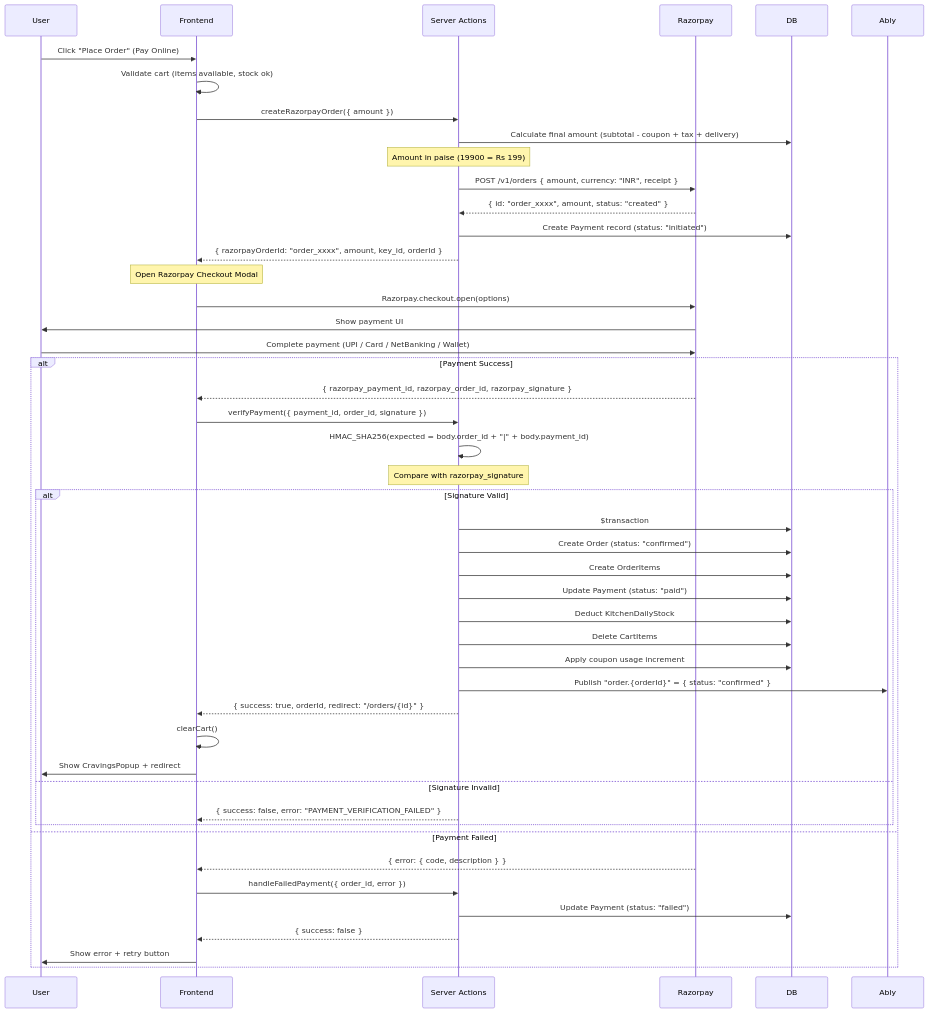
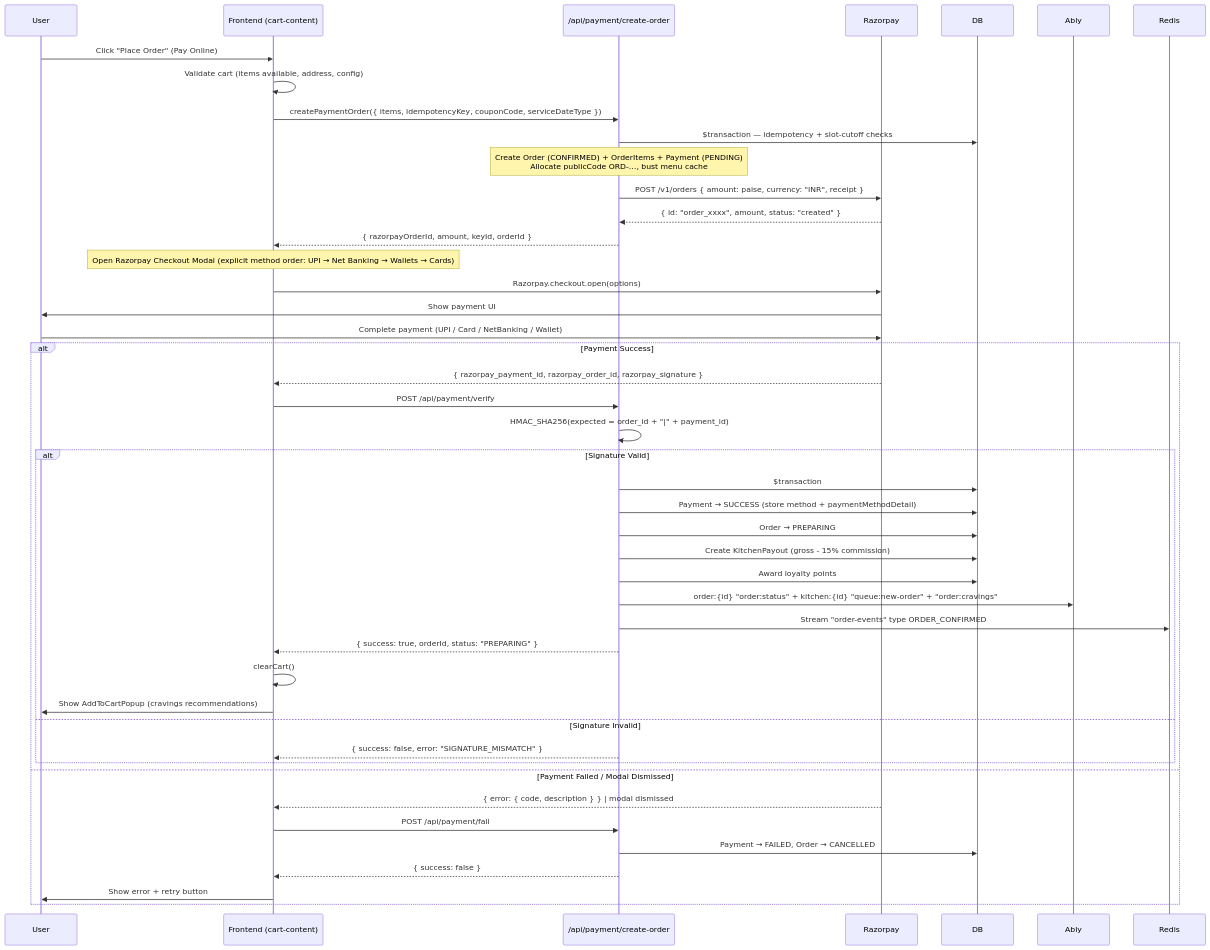
One commit to dharshan47/rrckitchen changed the second of 6 diagrams in docs/08-payment-system.md. Above: the diagram before and after it, drawn with Mermaid. The commit also changed other lines of this file and 462 other files, not shown here.

Commit message:
feat: implement core platform features including admin dashboards, catalog management, loyalty systems, and delivery partner workflows with comprehensive test coverage and documentation.

````diff
--- a/docs/08-payment-system.md
+++ b/docs/08-payment-system.md
@@ -68,59 +67,56 @@
 ```mermaid
 sequenceDiagram
     participant User
-    participant FE as Frontend
-    participant Action as Server Actions
+    participant FE as Frontend (cart-content)
+    participant API as /api/payment/create-order
     participant Razorpay
     participant DB
     participant Ably
 
     User->>FE: Click "Place Order" (Pay Online)
 
-    FE->>FE: Validate cart (items available, stock ok)
-    FE->>Action: createRazorpayOrder({ amount })
-    Action->>DB: Calculate final amount (subtotal - coupon + tax + delivery)
-    Note over Action: Amount in paise (19900 = Rs 199)
-    Action->>Razorpay: POST /v1/orders { amount, currency: "INR", receipt }
-    Razorpay-->>Action: { id: "order_xxxx", amount, status: "created" }
-    Action->>DB: Create Payment record (status: "initiated")
-    Action-->>FE: { razorpayOrderId: "order_xxxx", amount, key_id, orderId }
+    FE->>FE: Validate cart (items available, address, config)
+    FE->>API: createPaymentOrder({ items, idempotencyKey, couponCode, serviceDateType })
+    API->>DB: $transaction — idempotency + slot-cutoff checks
+    Note over API: Create Order (CONFIRMED) + OrderItems + Payment (PENDING)<br/>Allocate publicCode ORD-…, bust menu cache
+    API->>Razorpay: POST /v1/orders { amount: paise, currency: "INR", receipt }
+    Razorpay-->>API: { id: "order_xxxx", amount, status: "created" }
+    API-->>FE: { razorpayOrderId, amount, keyId, orderId }
 
-    Note over FE: Open Razorpay Checkout Modal
+    Note over FE: Open Razorpay Checkout Modal (explicit method order: UPI → Net Banking → Wallets → Cards)
     FE->>Razorpay: Razorpay.checkout.open(options)
     Razorpay->>User: Show payment UI
 
     User->>Razorpay: Complete payment (UPI / Card / NetBanking / Wallet)
 
     alt Payment Success
         Razorpay-->>FE: { razorpay_payment_id, razorpay_order_id, razorpay_signature }
-        FE->>Action: verifyPayment({ payment_id, order_id, signature })
+        FE->>API: POST /api/payment/verify
 
-        Action->>Action: HMAC_SHA256(expected = body.order_id + "|" + body.payment_id)
-        Note over Action: Compare with razorpay_signature
+        API->>API: HMAC_SHA256(expected = order_id + "|" + payment_id)
 
         alt Signature Valid
-            Action->>DB: $transaction
-            Action->>DB: Create Order (status: "confirmed")
-            Action->>DB: Create OrderItems
-            Action->>DB: Update Payment (status: "paid")
-            Action->>DB: Deduct KitchenDailyStock
-            Action->>DB: Delete CartItems
-            Action->>DB: Apply coupon usage increment
+            API->>DB: $transaction
+            API->>DB: Payment → SUCCESS (store method + paymentMethodDetail)
+            API->>DB: Order → PREPARING
+            API->>DB: Create KitchenPayout (gross - 15% commission)
+            API->>DB: Award loyalty points
 
-            Action->>Ably: Publish "order.{orderId}" = { status: "confirmed" }
-            Action-->>FE: { success: true, orderId, redirect: "/orders/{id}" }
+            API->>Ably: order:{id} "order:status" + kitchen:{id} "queue:new-order" + "order:cravings"
+            API->>Redis: Stream "order-events" type ORDER_CONFIRMED
+            API-->>FE: { success: true, orderId, status: "PREPARING" }
 
             FE->>FE: clearCart()
-            FE->>User: Show CravingsPopup + redirect
+            FE->>User: Show AddToCartPopup (cravings recommendations)
         else Signature Invalid
-            Action-->>FE: { success: false, error: "PAYMENT_VERIFICATION_FAILED" }
+            API-->>FE: { success: false, error: "SIGNATURE_MISMATCH" }
         end
 
-    else Payment Failed
-        Razorpay-->>FE: { error: { code, description } }
-        FE->>Action: handleFailedPayment({ order_id, error })
-        Action->>DB: Update Payment (status: "failed")
-        Action-->>FE: { success: false }
+    else Payment Failed / Modal Dismissed
+        Razorpay-->>FE: { error: { code, description } } | modal dismissed
+        FE->>API: POST /api/payment/fail
+        API->>DB: Payment → FAILED, Order → CANCELLED
+        API-->>FE: { success: false }
         FE->>User: Show error + retry button
     end
 ```
````
